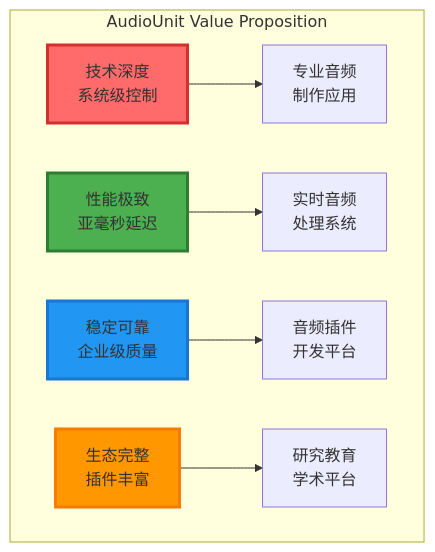
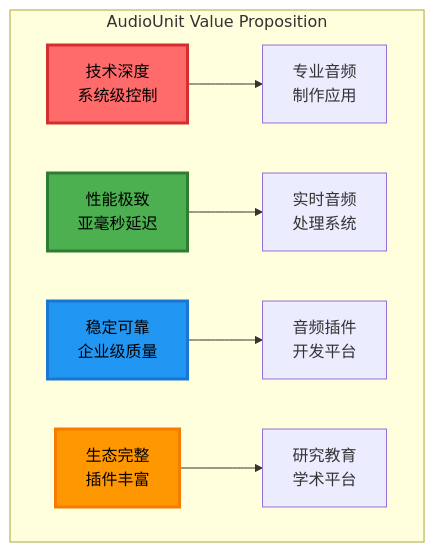
Before and after one commit to Dtheme/ohmy408: the ninth of 9 diagrams in ohmy408/datas.bundle/音频开发/1.3 AudioUnit技术技术原理和使用.md, drawn with Mermaid. The commit also changed other lines of this file and 7 other files, not shown here.

````diff
--- a/ohmy408/datas.bundle/音频开发/1.3 AudioUnit技术技术原理和使用.md
+++ b/ohmy408/datas.bundle/音频开发/1.3 AudioUnit技术技术原理和使用.md
@@ -3019,24 +3019,24 @@
 ```mermaid
 graph TB
     subgraph "AudioUnit Value Proposition"
         A[技术深度<br/>系统级控制]
         B[性能极致<br/>亚毫秒延迟]
         C[稳定可靠<br/>企业级质量]
         D[生态完整<br/>插件丰富]
         
         E[专业音频<br/>制作应用]
         F[实时音频<br/>处理系统]
         G[音频插件<br/>开发平台]
         H[研究教育<br/>学术平台]
         
         A --> E
         B --> F
         C --> G
         D --> H
         
-        style A fill:#ff6b6b,stroke:#d32f2f,stroke-width:3px
-        style B fill:#4caf50,stroke:#2e7d32,stroke-width:3px
-        style C fill:#2196f3,stroke:#1976d2,stroke-width:3px
-        style D fill:#ff9800,stroke:#f57c00,stroke-width:3px
+        style A fill:#ff6b6b,stroke:#d32f2f,stroke-width:3px,color:#000
+        style B fill:#4caf50,stroke:#2e7d32,stroke-width:3px,color:#000
+        style C fill:#2196f3,stroke:#1976d2,stroke-width:3px,color:#000
+        style D fill:#ff9800,stroke:#f57c00,stroke-width:3px,color:#000
     end
 ```
````
